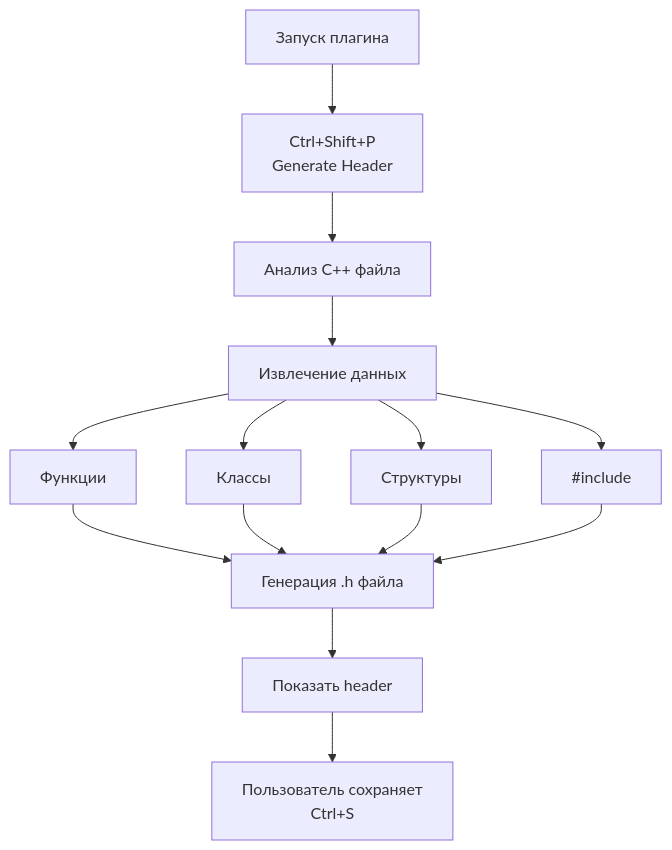
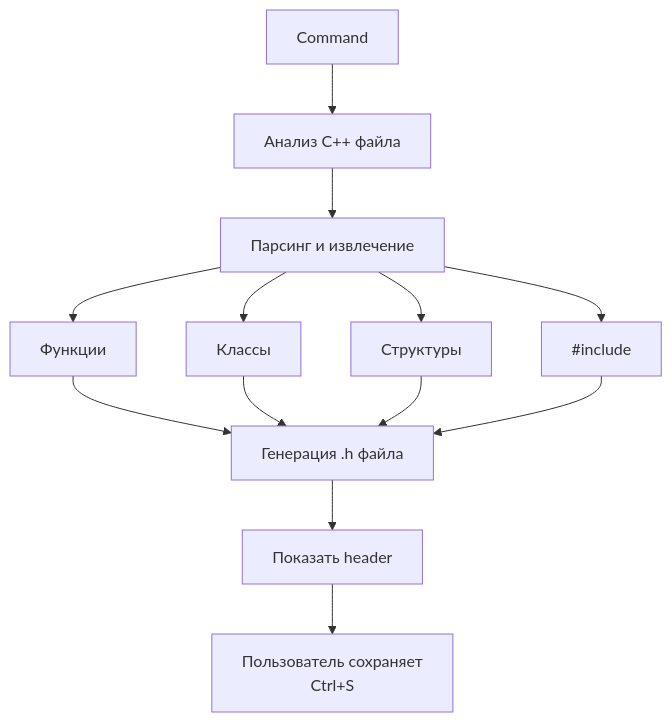
Before and after one commit to chupep03/header-generator: the diagram in README.md, drawn with Mermaid.

Commit message:
README.md changed

````diff
--- a/README.md
+++ b/README.md
@@ -23,19 +23,18 @@
 ```mermaid
 flowchart TD
-    Start[Запуск плагина] --> Command[Ctrl+Shift+P<br>Generate Header]
     Command --> Analyze[Анализ C++ файла]
-    Analyze --> Extract[Извлечение данных]
+    Analyze --> Extract[Парсинг и извлечение]
     
     Extract --> Functions[Функции]
     Extract --> Classes[Классы]
     Extract --> Structs[Структуры]
     Extract --> Includes[#include]
     
     Functions --> Generate
     Classes --> Generate
     Structs --> Generate
     Includes --> Generate
     
     Generate[Генерация .h файла] --> Show[Показать header]
     Show --> Save[Пользователь сохраняет<br>Ctrl+S]
 ```
````
